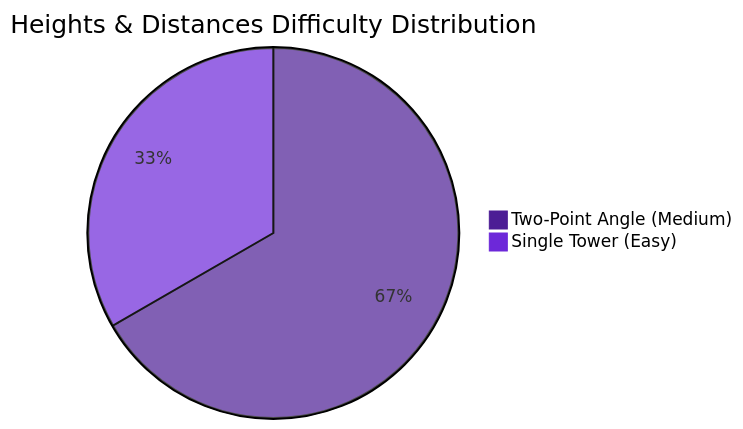
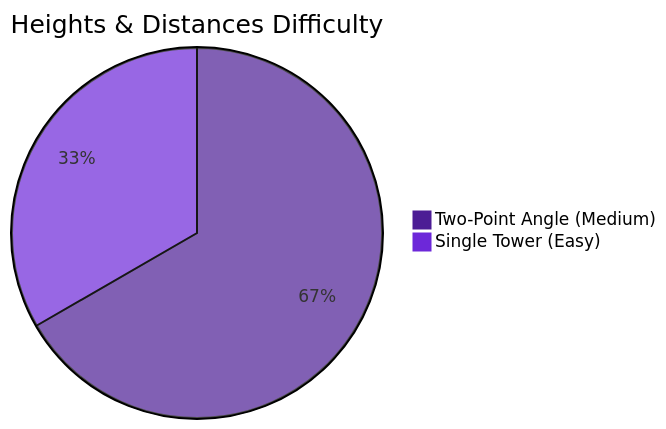
The diagram in content/cds/elementary-mathematics/notes/trigonometry_identities.md (skc-coder/SAGE), drawn with Mermaid before and after one commit. The commit also changed other lines of this file and 2 other files, not shown here.

First line of the commit message:
feat(skill): enforce dedicated subtopic page architecture with strict top-down linking

````diff
--- a/content/cds/elementary-mathematics/notes/trigonometry_identities.md
+++ b/content/cds/elementary-mathematics/notes/trigonometry_identities.md
@@ -33,6 +30,6 @@
 ```mermaid
 %%{init: {'themeVariables': { 'pie1': '#4c1d95', 'pie2': '#6d28d9', 'pie3': '#8b5cf6'}}}%%
-pie title Heights & Distances Difficulty Distribution
+pie title Heights & Distances Difficulty
     "Two-Point Angle (Medium)" : 2
     "Single Tower (Easy)" : 1
 ```
````
